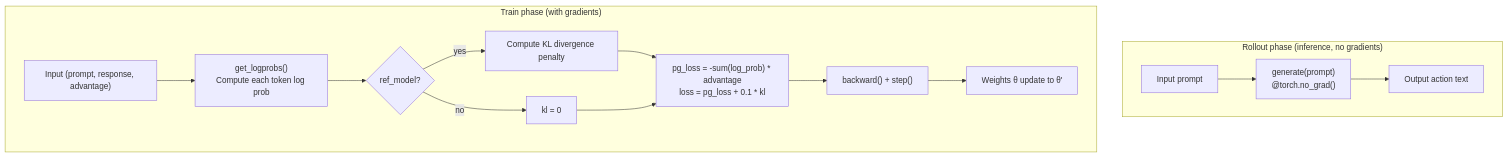
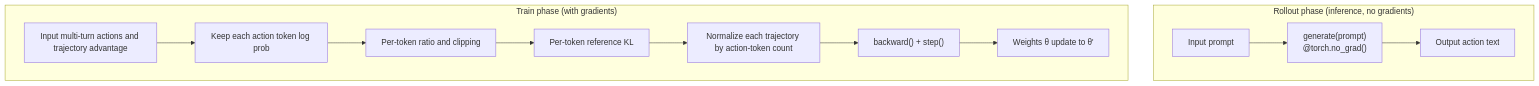
One commit to birhantprkc/hands-on-modern-rl changed the sixth of 9 diagrams in docs/en/chapter22_agentic/build-agentic-training-system.md. Above: the diagram before and after it, drawn with Mermaid. The commit also changed other lines of this file and 25 other files, not shown here.

````diff
--- a/docs/en/chapter22_agentic/build-agentic-training-system.md
+++ b/docs/en/chapter22_agentic/build-agentic-training-system.md
@@ -323,17 +322,15 @@
 ```mermaid
 flowchart TD
     subgraph Rollout["Rollout phase (inference, no gradients)"]
         P1["Input prompt"] --> Gen["generate(prompt)<br/>@torch.no_grad()"]
         Gen --> Out["Output action text"]
     end
     subgraph Train["Train phase (with gradients)"]
-        P2["Input (prompt, response, advantage)"] --> Lp["get_logprobs()<br/>Compute each token log prob"]
-        Lp --> KL{"ref_model?"}
-        KL -->|yes| KLcalc["Compute KL divergence penalty"]
-        KL -->|no| NoKL["kl = 0"]
-        KLcalc --> Loss["pg_loss = -sum(log_prob) * advantage<br/>loss = pg_loss + 0.1 * kl"]
-        NoKL --> Loss
-        Loss --> Back["backward() + step()"]
+        P2["Input multi-turn actions and trajectory advantage"] --> Lp["Keep each action token log prob"]
+        Lp --> Ratio["Per-token ratio and clipping"]
+        Ratio --> KL["Per-token reference KL"]
+        KL --> Mean["Normalize each trajectory by action-token count"]
+        Mean --> Back["backward() + step()"]
         Back --> Update["Weights θ update to θ'"]
     end
 ```
````
